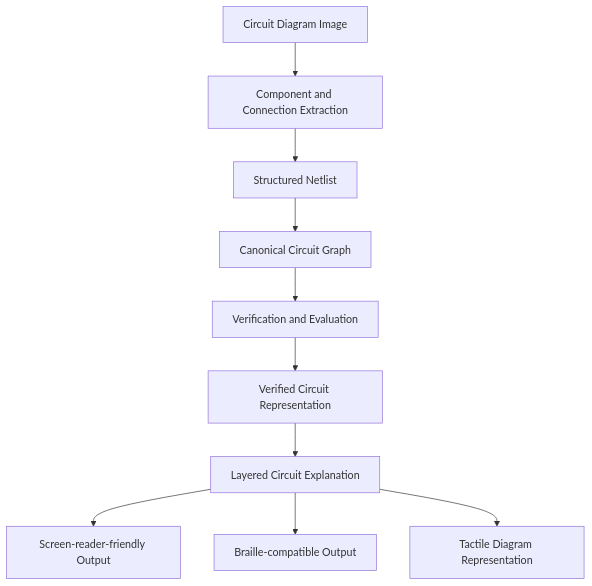
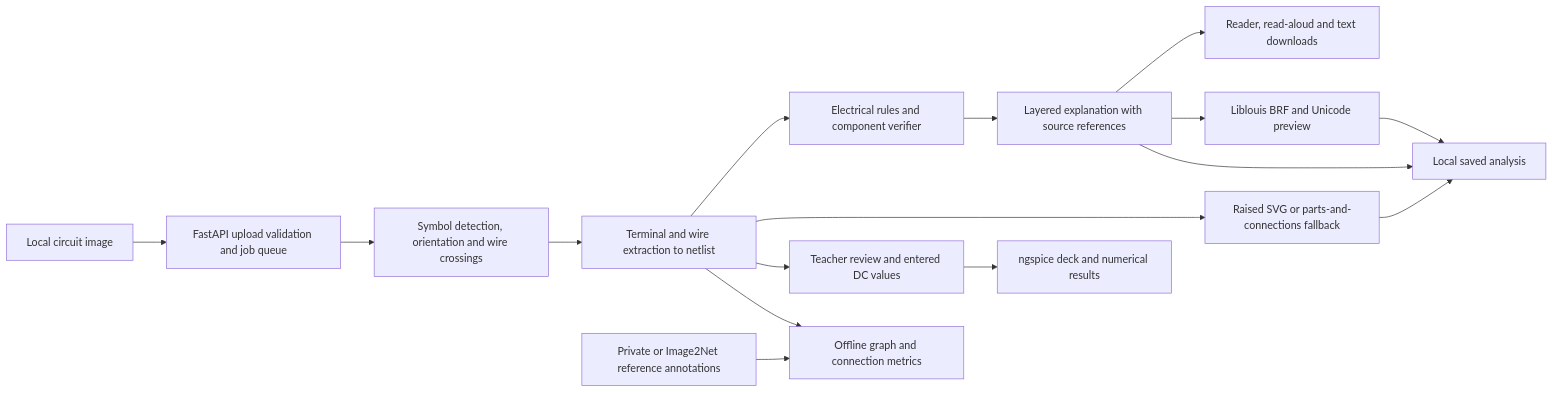
Before and after one commit to niksi-nova/verified-circuit-access: the diagram in README.md, drawn with Mermaid. The commit also changed other lines of this file and 9 other files, not shown here.

````diff
--- a/README.md
+++ b/README.md
@@ -23,12 +51,18 @@
 ```mermaid
-flowchart TD
-    A["Circuit Diagram Image"] --> B["Component and Connection Extraction"]
-    B --> C["Structured Netlist"]
-    C --> D["Canonical Circuit Graph"]
-    D --> E["Verification and Evaluation"]
-    E --> F["Verified Circuit Representation"]
-    F --> G["Layered Circuit Explanation"]
-    G --> H["Screen-reader-friendly Output"]
-    G --> I["Braille-compatible Output"]
-    G --> J["Tactile Diagram Representation"]
+flowchart LR
+    image["Local circuit image"] --> queue["FastAPI upload validation and job queue"]
+    queue --> detect["Symbol detection, orientation and wire crossings"]
+    detect --> netlist["Terminal and wire extraction to netlist"]
+    netlist --> checks["Electrical rules and component verifier"]
+    checks --> layers["Layered explanation with source references"]
+    layers --> reader["Reader, read-aloud and text downloads"]
+    layers --> braille["Liblouis BRF and Unicode preview"]
+    netlist --> tactile["Raised SVG or parts-and-connections fallback"]
+    netlist --> review["Teacher review and entered DC values"]
+    review --> spice["ngspice deck and numerical results"]
+    layers --> saved["Local saved analysis"]
+    braille --> saved
+    tactile --> saved
+    netlist --> metrics["Offline graph and connection metrics"]
+    truth["Private or Image2Net reference annotations"] --> metrics
 ```
````
